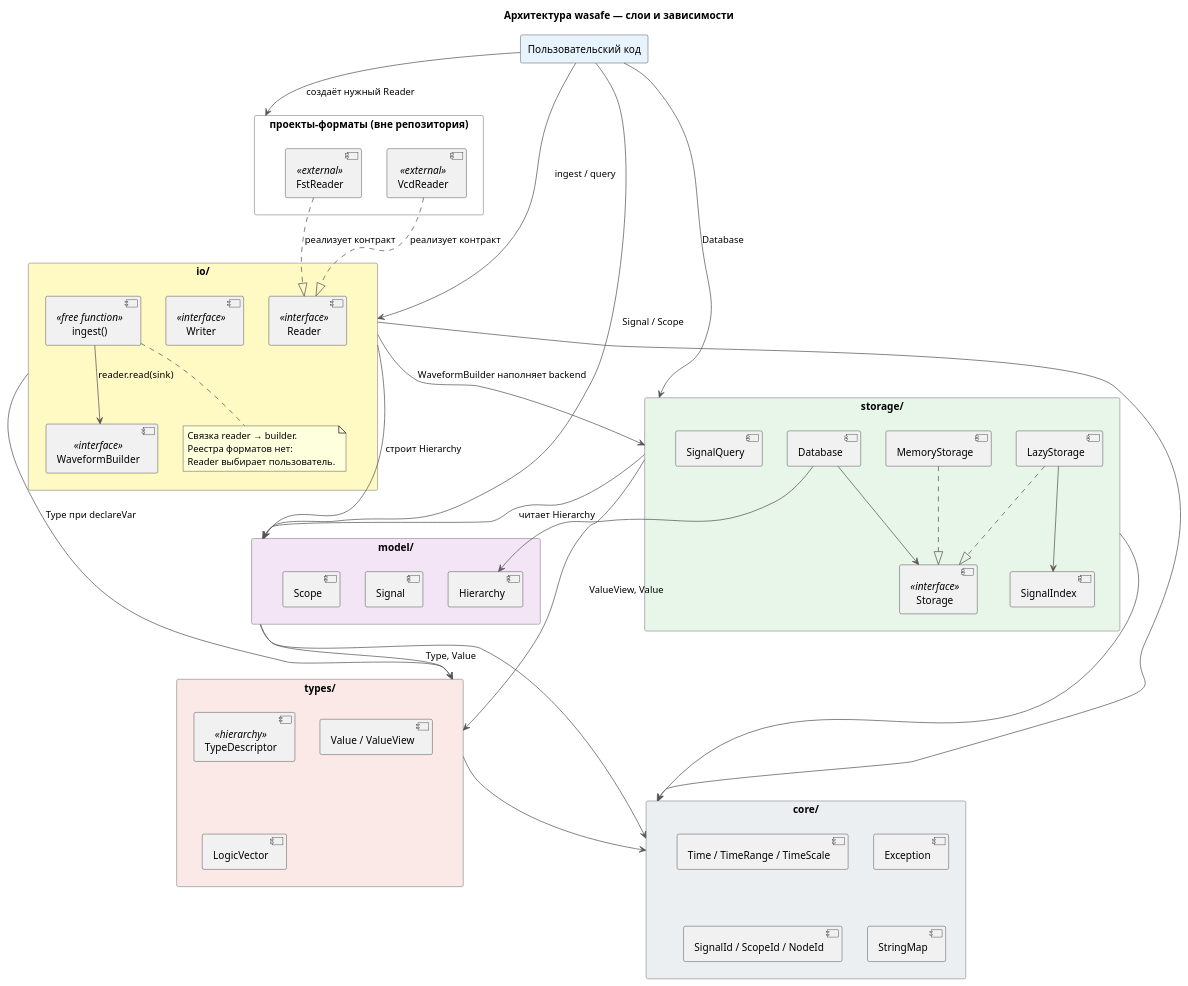
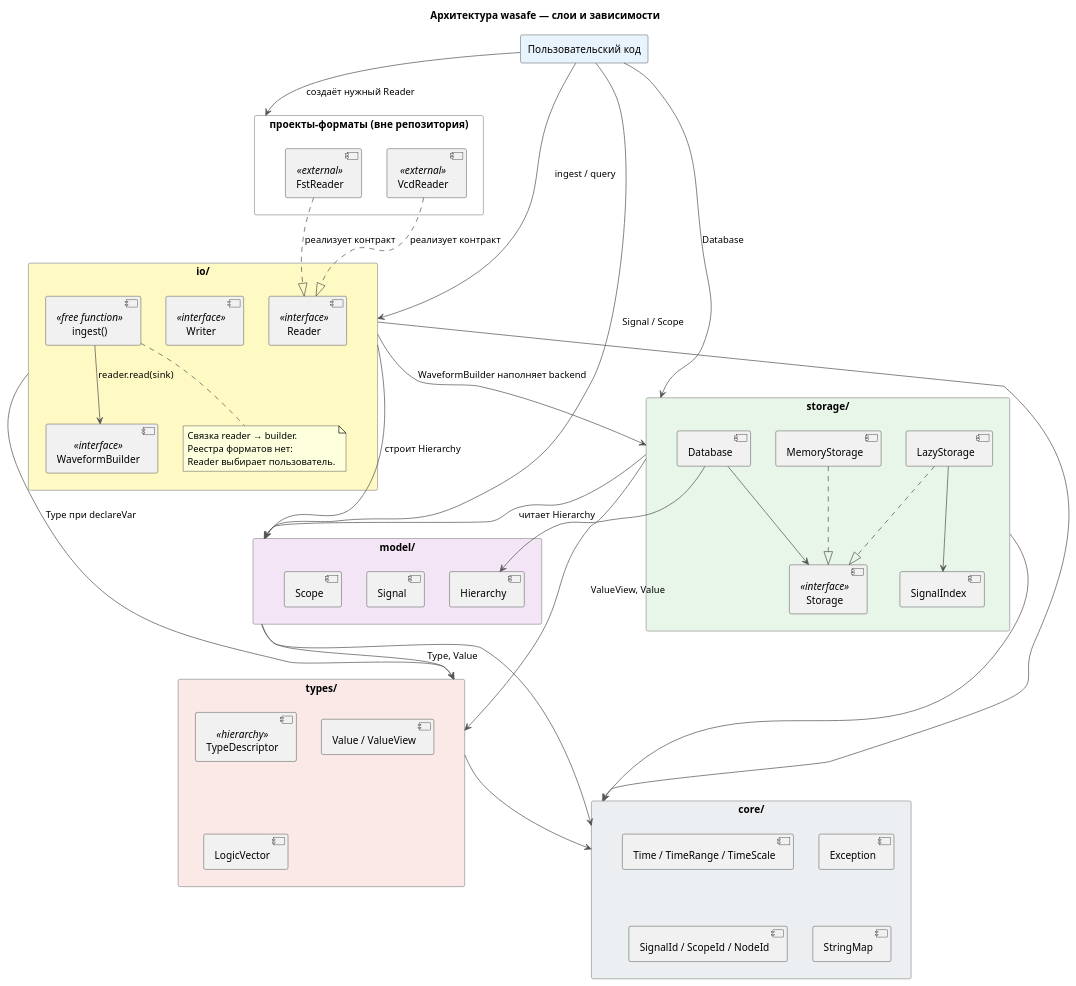
The diagram in docs/uml/01_architecture.puml (gikon3/wasafe), drawn with PlantUML before and after one commit. The commit also changed 5 other files, not shown here.

Commit message:
mod: SignalQuery убран из публичного API до реализации

```diff
--- a/docs/uml/01_architecture.puml
+++ b/docs/uml/01_architecture.puml
@@ -1,83 +1,82 @@
 @startuml 01_architecture
 title Архитектура wasafe — слои и зависимости
 
 skinparam packageStyle rectangle
 skinparam defaultFontName Consolas
 skinparam arrowColor #555555
 skinparam packageBorderColor #999999
 
 package "Пользовательский код" as user #E8F4FD {
 }
 
 package "io/" as io #FFF9C4 {
     [WaveformBuilder]  <<interface>>
     [Reader]           <<interface>>
     [Writer]           <<interface>>
     [ingest()]         <<free function>>
     note bottom of [ingest()]
       Связка reader → builder.
       Реестра форматов нет:
       Reader выбирает пользователь.
     end note
 }
 
 package "проекты-форматы (вне репозитория)" as formats #FFFFFF {
     [VcdReader]        <<external>>
     [FstReader]        <<external>>
 }
 
 package "storage/" as storage #E8F5E9 {
     [Database]
     [Storage]   <<interface>>
     [MemoryStorage]
     [LazyStorage]
     [SignalIndex]
-    [SignalQuery]
 }
 
 package "model/" as model #F3E5F5 {
     [Hierarchy]
     [Signal]
     [Scope]
 }
 
 package "types/" as types #FBE9E7 {
     [TypeDescriptor]   <<hierarchy>>
     [Value / ValueView]
     [LogicVector]
 }
 
 package "core/" as core #ECEFF1 {
     [Time / TimeRange / TimeScale]
     [Exception]
     [SignalId / ScopeId / NodeId]
     [StringMap]
 }
 
 ' зависимости сверху вниз
 user --> io         : ingest / query
 user --> formats    : создаёт нужный Reader
 user --> storage    : Database
 user --> model      : Signal / Scope
 
 io --> storage      : WaveformBuilder наполняет backend
 io --> model        : строит Hierarchy
 storage --> model   : читает Hierarchy
 model --> types     : Type, Value
 storage --> types   : ValueView, Value
 io --> types        : Type при declareVar
 types --> core
 model --> core
 storage --> core
 io --> core
 
 [VcdReader] ..|> [Reader]          : реализует контракт
 [FstReader] ..|> [Reader]          : реализует контракт
 [ingest()] --> [WaveformBuilder]   : reader.read(sink)
 [Database] --> [Storage]
 [Database] --> [Hierarchy]
 [MemoryStorage] ..|> [Storage]
 [LazyStorage] ..|> [Storage]
 [LazyStorage] --> [SignalIndex]
 
 @enduml
```
